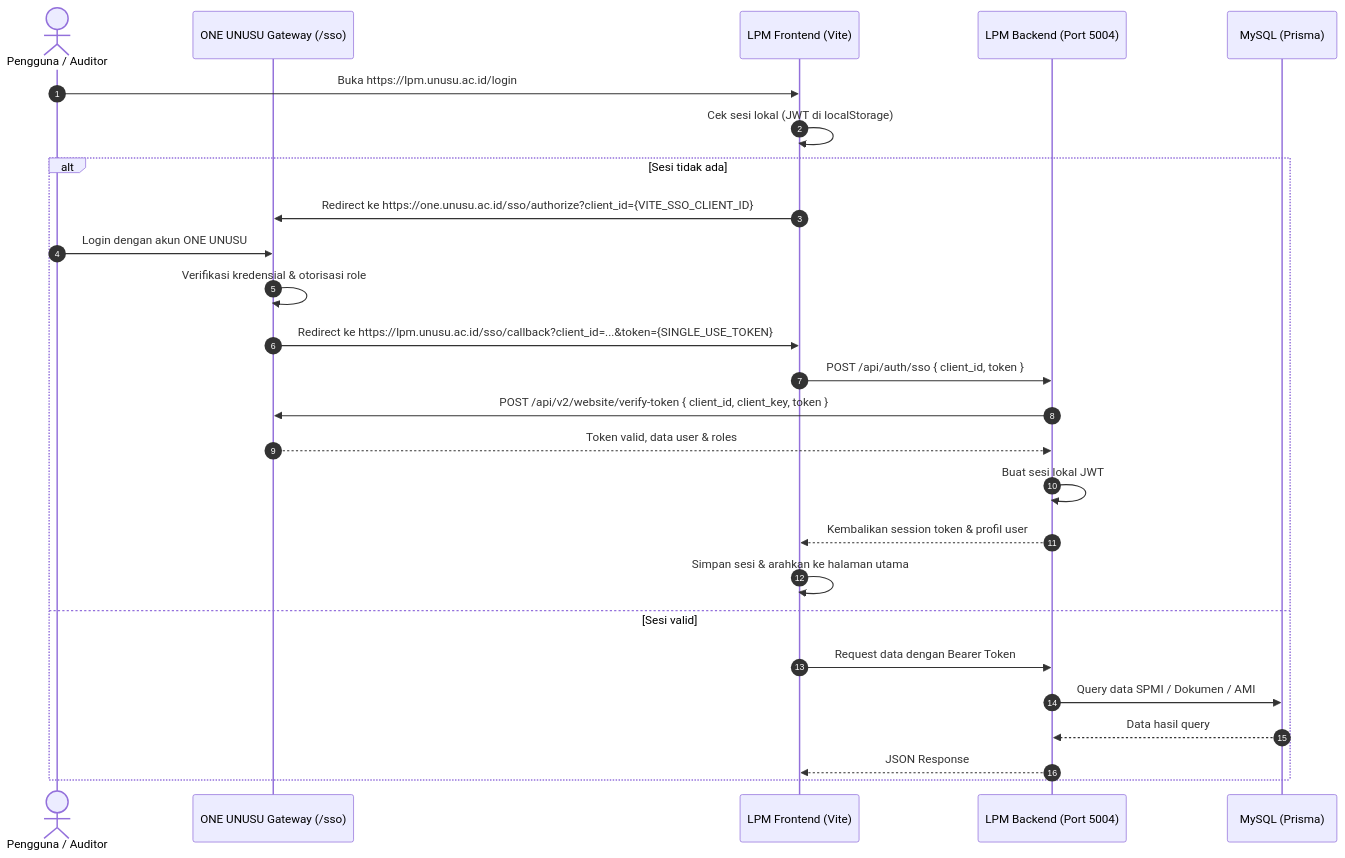
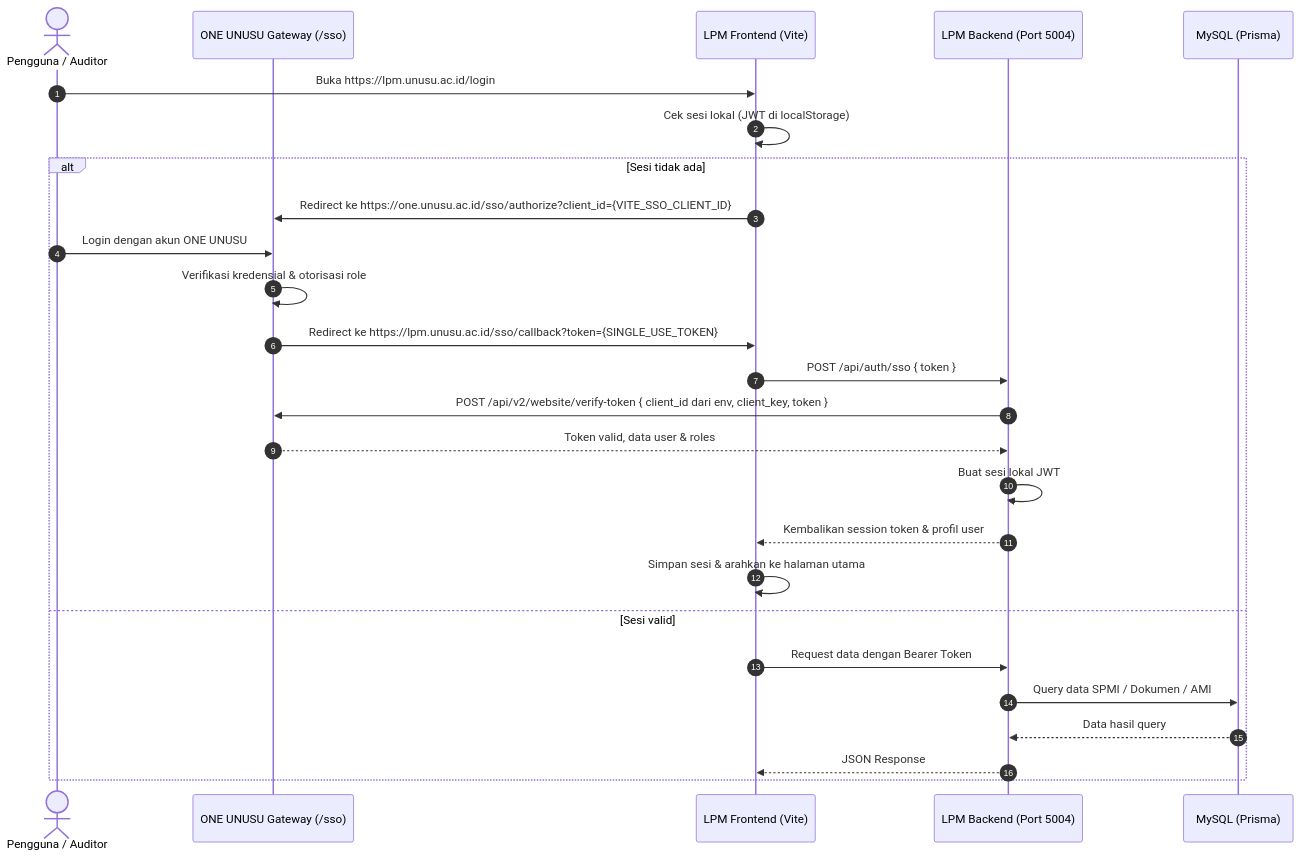
Before and after one commit to ambayu/lpm-unusu: the diagram in docs/ARCHITECTURE.md, drawn with Mermaid. The commit also changed 6 other files, not shown here.

Commit message:
fix(auth): switch SSO callback to token-only pattern

````diff
--- a/docs/ARCHITECTURE.md
+++ b/docs/ARCHITECTURE.md
@@ -10,29 +10,29 @@
 ```mermaid
 sequenceDiagram
     autonumber
     actor User as Pengguna / Auditor
     participant Portal as ONE UNUSU Gateway (/sso)
     participant Client as LPM Frontend (Vite)
     participant Server as LPM Backend (Port 5004)
     participant DB as MySQL (Prisma)
 
     User->>Client: Buka https://lpm.unusu.ac.id/login
     Client->>Client: Cek sesi lokal (JWT di localStorage)
     alt Sesi tidak ada
         Client->>Portal: Redirect ke https://one.unusu.ac.id/sso/authorize?client_id={VITE_SSO_CLIENT_ID}
         User->>Portal: Login dengan akun ONE UNUSU
         Portal->>Portal: Verifikasi kredensial & otorisasi role
-        Portal->>Client: Redirect ke https://lpm.unusu.ac.id/sso/callback?client_id=...&token={SINGLE_USE_TOKEN}
-        Client->>Server: POST /api/auth/sso { client_id, token }
-        Server->>Portal: POST /api/v2/website/verify-token { client_id, client_key, token }
+        Portal->>Client: Redirect ke https://lpm.unusu.ac.id/sso/callback?token={SINGLE_USE_TOKEN}
+        Client->>Server: POST /api/auth/sso { token }
+        Server->>Portal: POST /api/v2/website/verify-token { client_id dari env, client_key, token }
         Portal-->>Server: Token valid, data user & roles
         Server->>Server: Buat sesi lokal JWT
         Server-->>Client: Kembalikan session token & profil user
         Client->>Client: Simpan sesi & arahkan ke halaman utama
     else Sesi valid
         Client->>Server: Request data dengan Bearer Token
         Server->>DB: Query data SPMI / Dokumen / AMI
         DB-->>Server: Data hasil query
         Server-->>Client: JSON Response
     end
 ```
````
